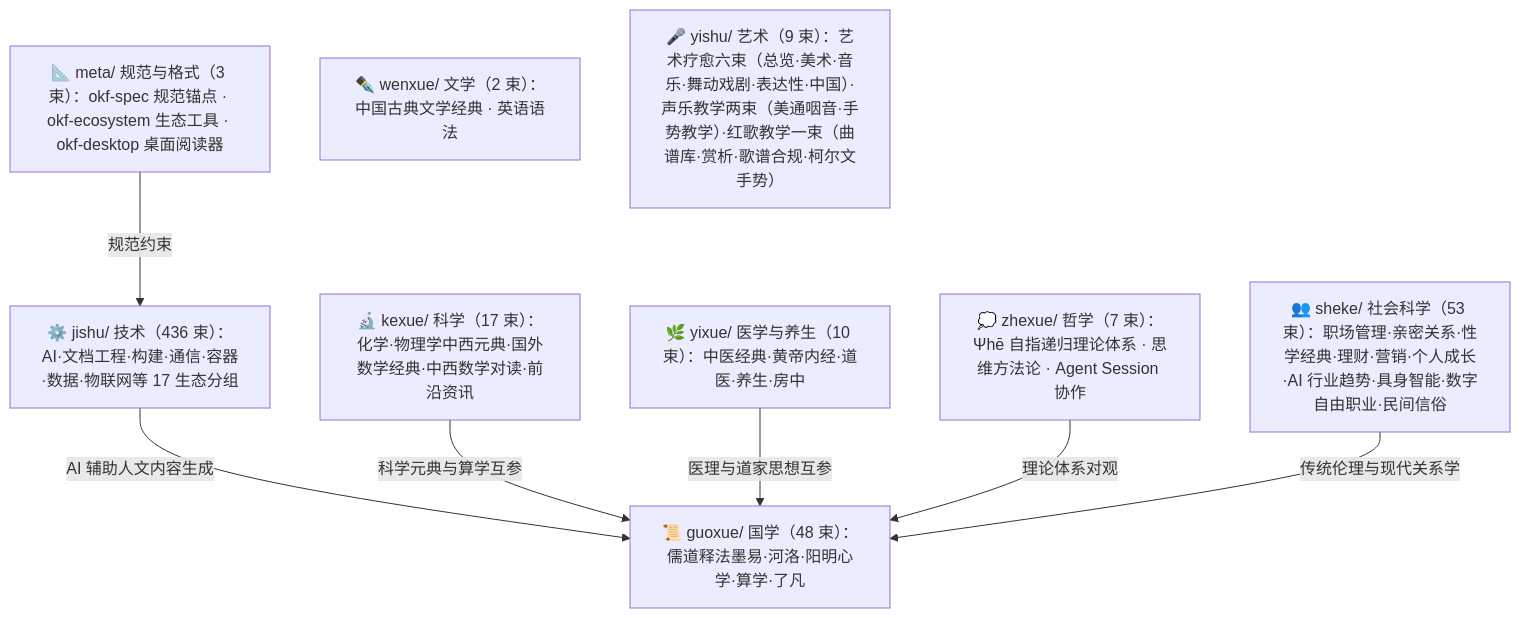
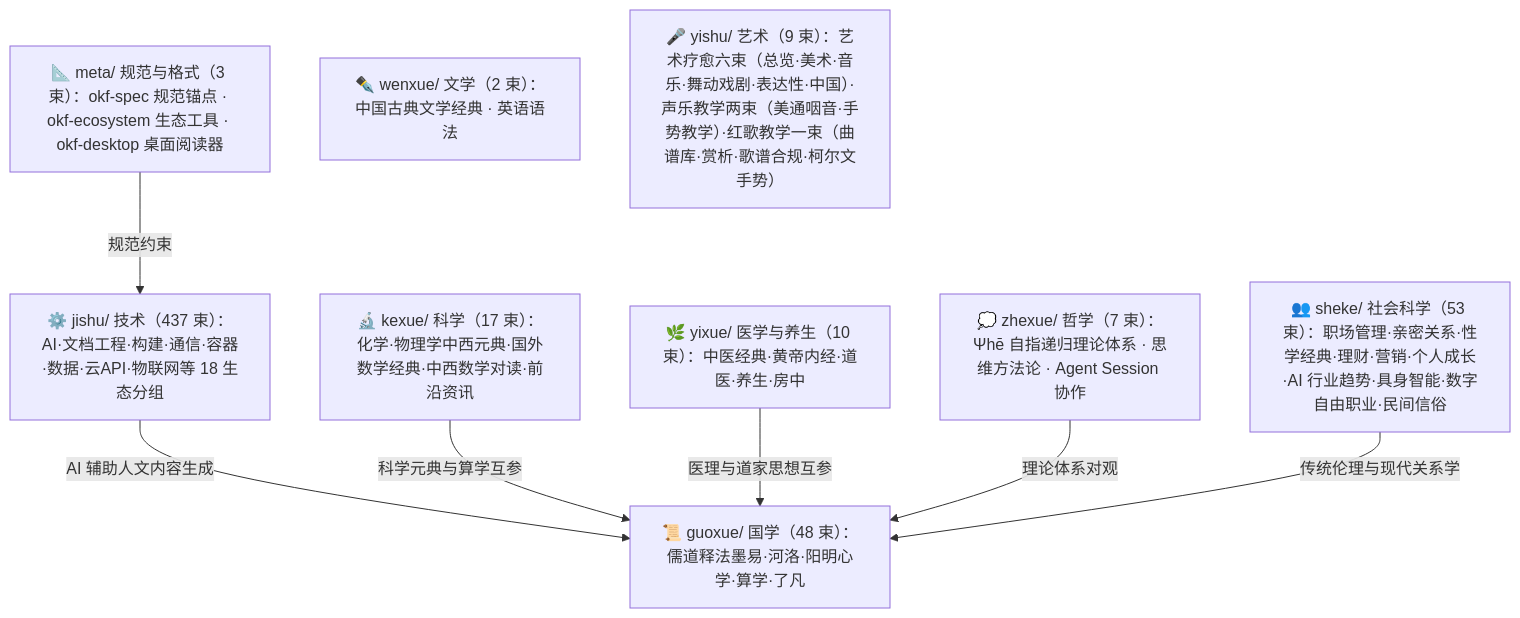
One commit to awesome-flexloop/awesome-okf changed the diagram in doc/bundles/index.md. Above: the diagram before and after it, drawn with Mermaid. The commit also changed other lines of this file and 23 other files, not shown here.

````diff
--- a/doc/bundles/index.md
+++ b/doc/bundles/index.md
@@ -21,18 +21,18 @@
 ```mermaid
 flowchart TD
     meta["📐 meta/ 规范与格式（3 束）：okf-spec 规范锚点 · okf-ecosystem 生态工具 · okf-desktop 桌面阅读器"]
     guoxue["📜 guoxue/ 国学（48 束）：儒道释法墨易·河洛·阳明心学·算学·了凡"]
     zhexue["💭 zhexue/ 哲学（7 束）：Ψhē 自指递归理论体系 · 思维方法论 · Agent Session 协作"]
     kexue["🔬 kexue/ 科学（17 束）：化学·物理学中西元典·国外数学经典·中西数学对读·前沿资讯"]
     wenxue["✒️ wenxue/ 文学（2 束）：中国古典文学经典 · 英语语法"]
     yixue["🌿 yixue/ 医学与养生（10 束）：中医经典·黄帝内经·道医·养生·房中"]
     sheke["👥 sheke/ 社会科学（53 束）：职场管理·亲密关系·性学经典·理财·营销·个人成长·AI 行业趋势·具身智能·数字自由职业·民间信俗"]
     yishu["🎤 yishu/ 艺术（9 束）：艺术疗愈六束（总览·美术·音乐·舞动戏剧·表达性·中国）·声乐教学两束（美通咽音·手势教学）·红歌教学一束（曲谱库·赏析·歌谱合规·柯尔文手势）"]
-    jishu["⚙️ jishu/ 技术（436 束）：AI·文档工程·构建·通信·容器·数据·物联网等 17 生态分组"]
+    jishu["⚙️ jishu/ 技术（437 束）：AI·文档工程·构建·通信·容器·数据·云API·物联网等 18 生态分组"]
     meta -->|"规范约束"| jishu
     jishu -->|"AI 辅助人文内容生成"| guoxue
     kexue -->|"科学元典与算学互参"| guoxue
     yixue -->|"医理与道家思想互参"| guoxue
     zhexue -->|"理论体系对观"| guoxue
     sheke -->|"传统伦理与现代关系学"| guoxue
 ```
````
